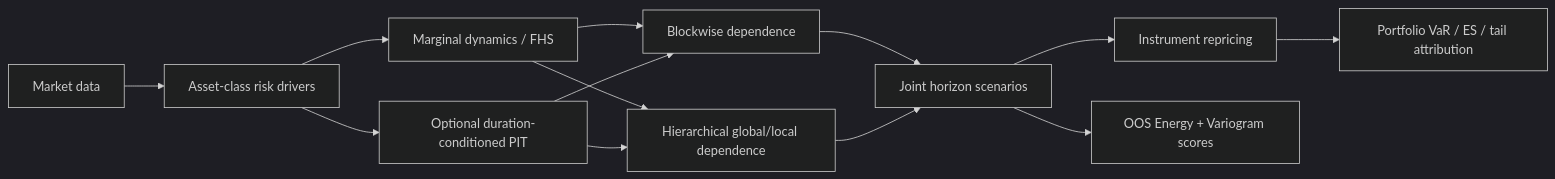
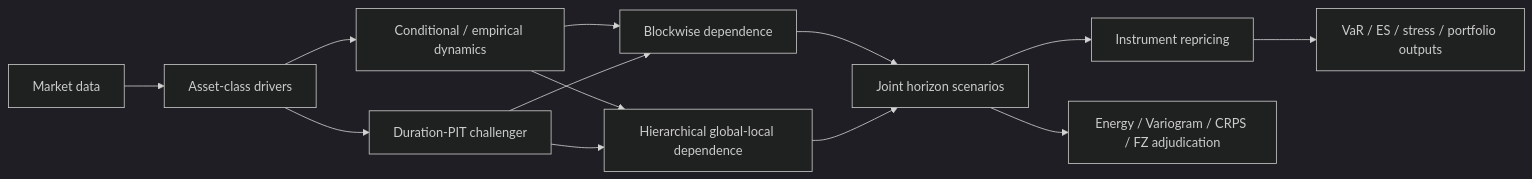
One commit to svr-L/multi-asset-scenario-engine changed the diagram in README.md. Above: the diagram before and after it, drawn with Mermaid (dark theme). The commit also changed other lines of this file and 14 other files, not shown here.

````diff
--- a/README.md
+++ b/README.md
@@ -31,15 +12,15 @@
 ```mermaid
 flowchart LR
-    A[Market data] --> B[Asset-class risk drivers]
-    B --> C[Marginal dynamics / FHS]
+    A[Market data] --> B[Asset-class drivers]
+    B --> C[Conditional / empirical dynamics]
     C --> D1[Blockwise dependence]
-    C --> D2[Hierarchical global/local dependence]
-    B --> P[Optional duration-conditioned PIT]
+    C --> D2[Hierarchical global-local dependence]
+    B --> P[Duration-PIT challenger]
     P --> D1
     P --> D2
     D1 --> E[Joint horizon scenarios]
     D2 --> E
     E --> F[Instrument repricing]
-    F --> G[Portfolio VaR / ES / tail attribution]
-    E --> H[OOS Energy + Variogram scores]
+    F --> G[VaR / ES / stress / portfolio outputs]
+    E --> H[Energy / Variogram / CRPS / FZ adjudication]
 ```
````
